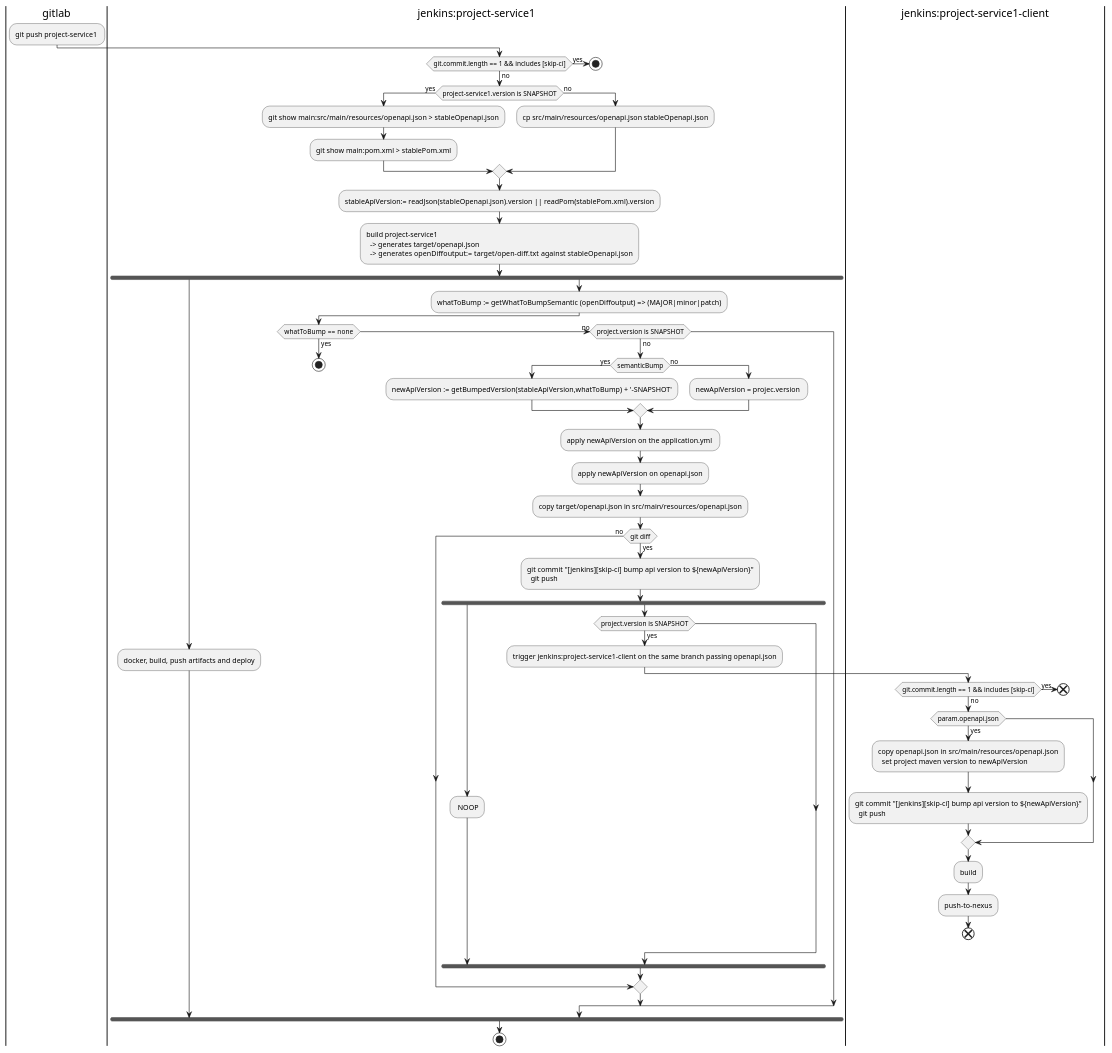
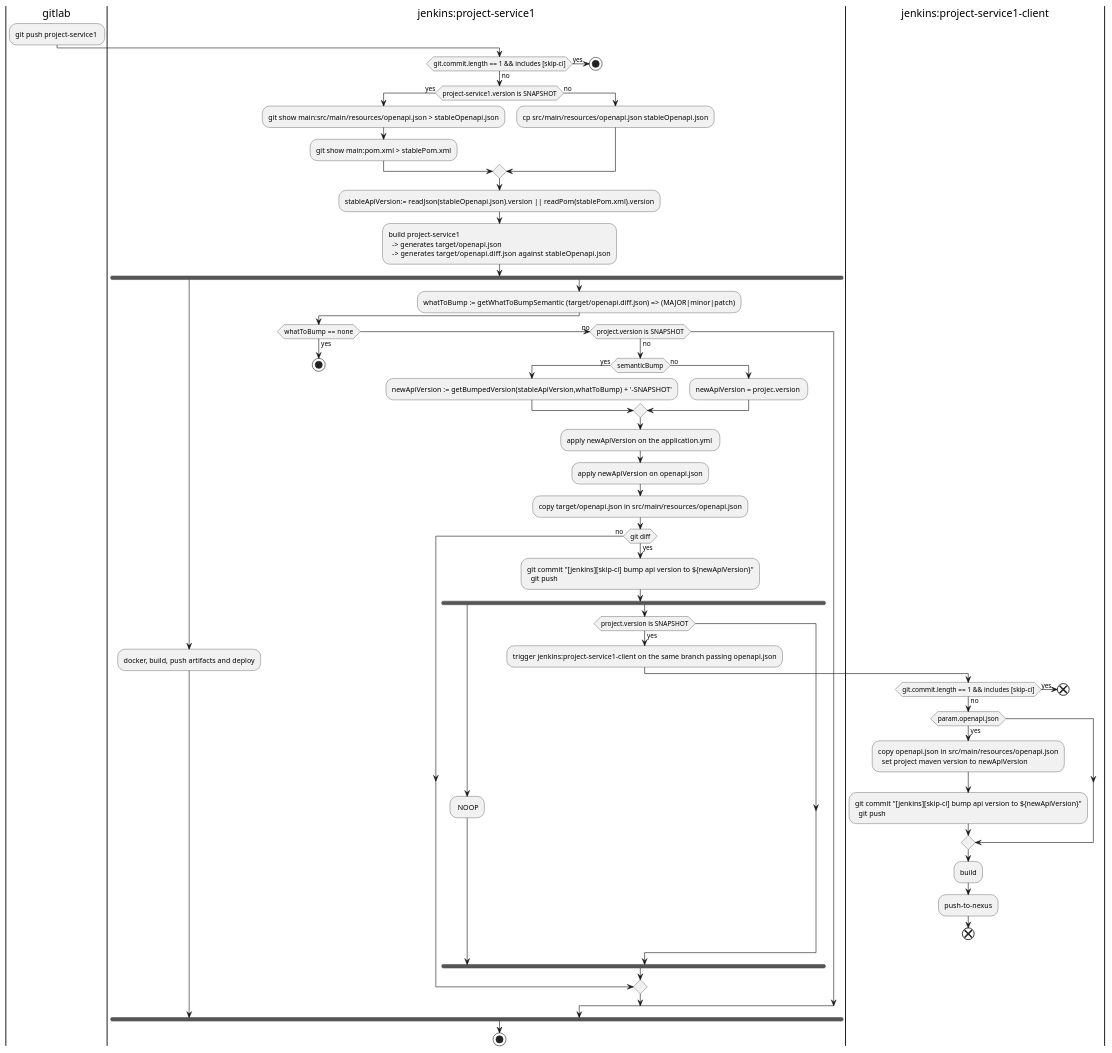
The diagram in demo-person-service/docs/client-generation-activity.puml (mauropanzeri/api-docs-automation), drawn with PlantUML before and after one commit.

Commit message:
parse openapi diff

```diff
--- a/demo-person-service/docs/client-generation-activity.puml
+++ b/demo-person-service/docs/client-generation-activity.puml
@@ -1,65 +1,65 @@
 @startuml "client generation"
 |gitlab|
   :git push project-service1 ;
 |jenkins:project-service1|
   if(git.commit.length == 1 && includes [skip-ci]) then (yes)
     stop
   else (no)
     if(project-service1.version is SNAPSHOT) then (yes)
       :git show main:src/main/resources/openapi.json > stableOpenapi.json;
       :git show main:pom.xml > stablePom.xml;
     else (no)
       :cp src/main/resources/openapi.json stableOpenapi.json;
     endif
     :stableApiVersion:= readJson(stableOpenapi.json).version || readPom(stablePom.xml).version;
     :build project-service1
       -> generates target/openapi.json 
-      -> generates openDiffoutput:= target/open-diff.txt  against  stableOpenapi.json;
+      -> generates target/openapi.diff.json  against  stableOpenapi.json;
     fork
       :docker, build, push artifacts and deploy;
     fork again
-      :whatToBump := getWhatToBumpSemantic (openDiffoutput) => (MAJOR|minor|patch);
+      :whatToBump := getWhatToBumpSemantic (target/openapi.diff.json) => (MAJOR|minor|patch);
       if(whatToBump  == none) then (yes)
         stop
       (no) elseif(project.version is SNAPSHOT) then (no)
         if (semanticBump) then (yes)
           :newApiVersion := getBumpedVersion(stableApiVersion,whatToBump) + '-SNAPSHOT';
         else (no)
           :newApiVersion = projec.version ;
         endif
         :apply newApiVersion on the application.yml ;
         :apply newApiVersion on openapi.json;  
         :copy target/openapi.json in src/main/resources/openapi.json;
         if(git diff) then (yes) 
           :git commit "[jenkins][skip-ci] bump api version to ${newApiVersion}"
             git push ;    
           fork
             |jenkins:project-service1|
             : NOOP;
           fork again
             if(project.version is SNAPSHOT) then (yes)
               :trigger jenkins:project-service1-client on the same branch passing openapi.json;
               |jenkins:project-service1-client|
                 if(git.commit.length == 1 && includes [skip-ci]) then (yes)
                   end
                 else (no)
                   if (param.openapi.json) then (yes)
                     :copy openapi.json in src/main/resources/openapi.json
                       set project maven version to newApiVersion;
                     :git commit "[jenkins][skip-ci] bump api version to ${newApiVersion}"
                       git push ;                    
                   endif
                   :build;
                   :push-to-nexus;
                 endif
                 end
               endif
             |jenkins:project-service1|
           end fork
         else (no)
         endif
       endif
     end fork
   endif
   stop
 @enduml
```
